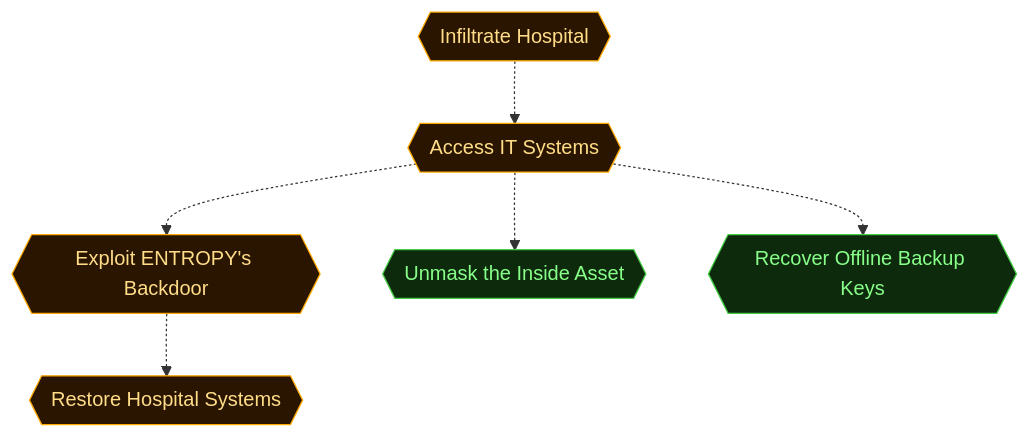
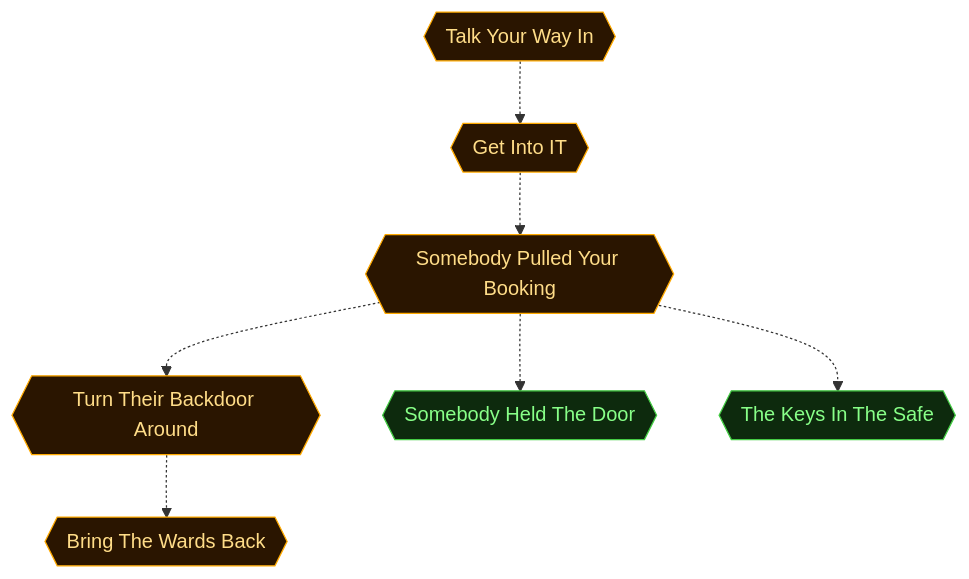
One commit to cliffe/BreakEscapeGame changed the second of 5 diagrams in scenarios/m02_ransomed_trust/dungeon_graph.md. Above: the diagram before and after it, drawn with Mermaid. The commit also changed other lines of this file and 35 other files, not shown here.

````diff
--- a/scenarios/m02_ransomed_trust/dungeon_graph.md
+++ b/scenarios/m02_ransomed_trust/dungeon_graph.md
@@ -225,34 +286,36 @@
 ```mermaid
 flowchart TD
 
   classDef room      fill:#0f2d2d,stroke:#22ddcc,color:#a0ffee
   classDef lock      fill:#2d0f0f,stroke:#e66060,color:#ffa0a0
   classDef key       fill:#2d0812,stroke:#e66060,color:#ffa0a0
   classDef item      fill:#2d1200,stroke:#e89030,color:#ffcc80
   classDef gate      fill:#111,stroke:#666,color:#eee
   classDef vm        fill:#0c1f40,stroke:#4a90d9,color:#a0c8ff
   classDef flag      fill:#1a0c2d,stroke:#9060d0,color:#cc99ff
   classDef action    fill:#1a1200,stroke:#cc9922,color:#ffee88
   classDef aim       fill:#0d2a0d,stroke:#44cc44,color:#88ff88
   classDef aim_gate  fill:#111111,stroke:#44cc44,color:#44cc44
   classDef container fill:#1a2d1a,stroke:#60b060,color:#a0e0a0
   classDef npc       fill:#2d1f0d,stroke:#d0a050,color:#ffe0a0
   classDef critical  fill:#2a1500,stroke:#ffaa00,color:#ffdd88
   classDef start     fill:#003322,stroke:#00ffaa,color:#00ffaa
 
-  aim_infiltrate_hospital{{"Infiltrate Hospital"}}
-  aim_access_it_systems{{"Access IT Systems"}}
-  aim_exploit_entropy_backdoor{{"Exploit ENTROPY's Backdoor"}}
-  aim_unmask_inside_asset{{"Unmask the Inside Asset"}}
-  aim_recover_offline_keys{{"Recover Offline Backup Keys"}}
-  aim_restore_hospital_systems{{"Restore Hospital Systems"}}
+  aim_infiltrate_hospital{{"Talk Your Way In"}}
+  aim_access_it_systems{{"Get Into IT"}}
+  aim_cover_compromised{{"Somebody Pulled Your Booking"}}
+  aim_exploit_entropy_backdoor{{"Turn Their Backdoor Around"}}
+  aim_unmask_inside_asset{{"Somebody Held The Door"}}
+  aim_recover_offline_keys{{"The Keys In The Safe"}}
+  aim_restore_hospital_systems{{"Bring The Wards Back"}}
 
   aim_infiltrate_hospital -.-> aim_access_it_systems
-  aim_access_it_systems -.-> aim_exploit_entropy_backdoor
-  aim_access_it_systems -.-> aim_unmask_inside_asset
-  aim_access_it_systems -.-> aim_recover_offline_keys
+  aim_access_it_systems -.-> aim_cover_compromised
+  aim_cover_compromised -.-> aim_exploit_entropy_backdoor
+  aim_cover_compromised -.-> aim_unmask_inside_asset
+  aim_cover_compromised -.-> aim_recover_offline_keys
   aim_exploit_entropy_backdoor -.-> aim_restore_hospital_systems
 
-  class aim_infiltrate_hospital,aim_access_it_systems,aim_exploit_entropy_backdoor,aim_restore_hospital_systems critical
+  class aim_infiltrate_hospital,aim_access_it_systems,aim_cover_compromised,aim_exploit_entropy_backdoor,aim_restore_hospital_systems critical
   class aim_unmask_inside_asset,aim_recover_offline_keys aim
 ```
````
